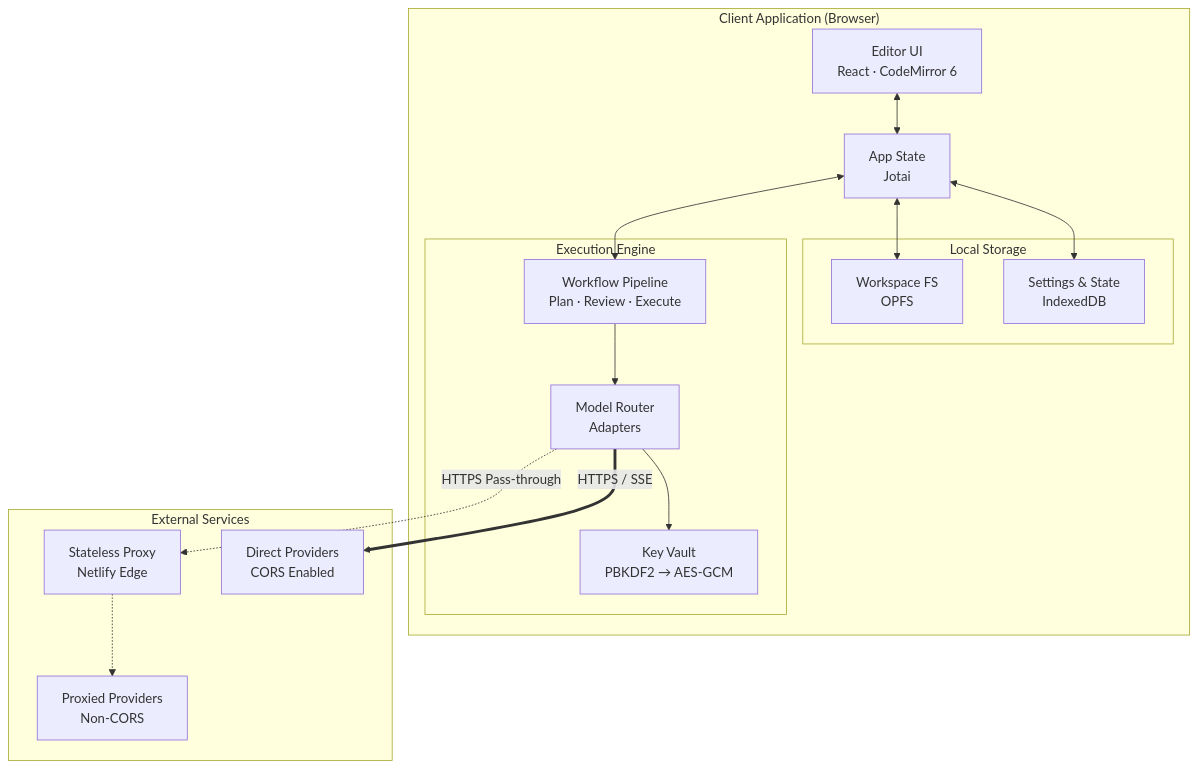
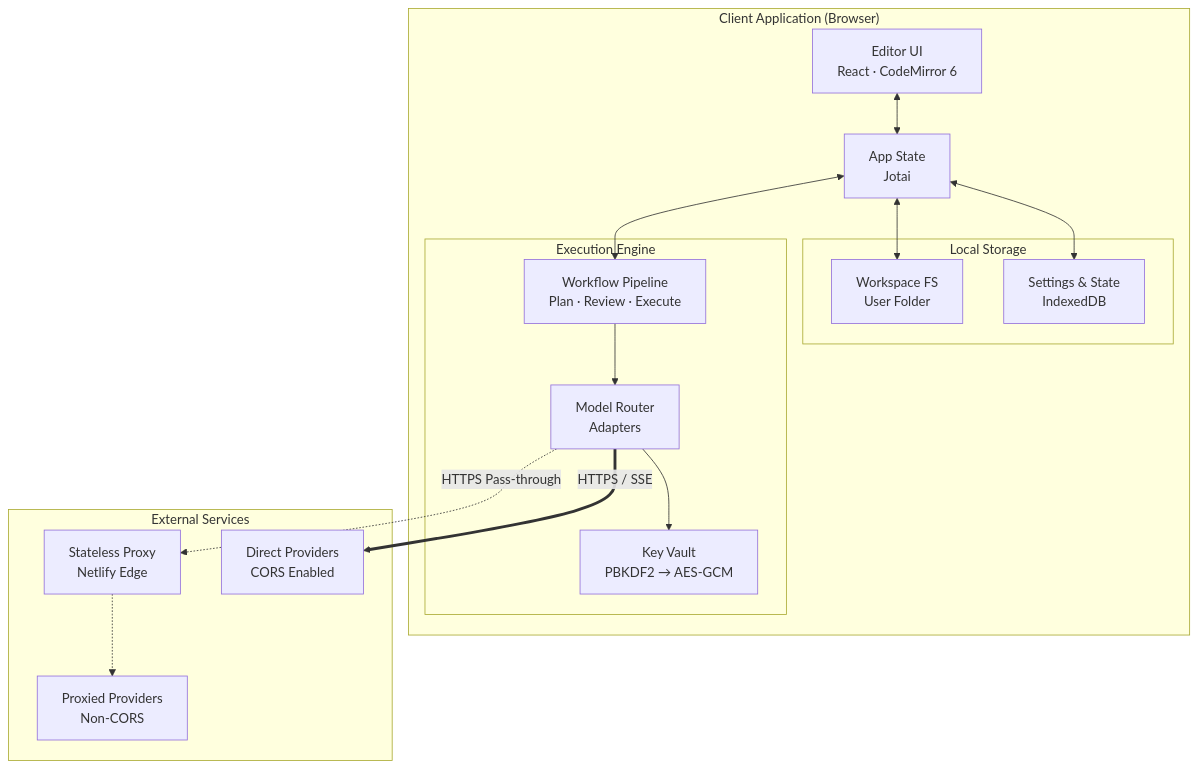
The first of 2 diagrams in ARCHITECTURE.md (marespopa/daedaluside), drawn with Mermaid before and after one commit. The commit also changed other lines of this file and 39 other files, not shown here.

Commit message:
refactor: folder-only workspace storage (drop OPFS)

````diff
--- a/ARCHITECTURE.md
+++ b/ARCHITECTURE.md
@@ -39,35 +39,35 @@
 ```mermaid
 graph TD
     subgraph Client ["Client Application (Browser)"]
         UI["Editor UI<br/>React · CodeMirror 6"]
         State["App State<br/>Jotai"]
         
         subgraph Storage ["Local Storage"]
-            FS["Workspace FS<br/>OPFS"]
+            FS["Workspace FS<br/>User Folder"]
             DB["Settings & State<br/>IndexedDB"]
         end
         
         subgraph Engine ["Execution Engine"]
             Pipeline["Workflow Pipeline<br/>Plan · Review · Execute"]
             Router["Model Router<br/>Adapters"]
             Vault["Key Vault<br/>PBKDF2 → AES-GCM"]
         end
 
         UI <--> State
         State <--> FS
         State <--> DB
         State <--> Pipeline
         Pipeline --> Router
         Router --> Vault
     end
 
     subgraph Network ["External Services"]
         Proxy["Stateless Proxy<br/>Netlify Edge"]
         DirectAPI["Direct Providers<br/>CORS Enabled"]
         ProxiedAPI["Proxied Providers<br/>Non-CORS"]
     end
 
     Router ==>|"HTTPS / SSE"| DirectAPI
     Router -.->|"HTTPS Pass-through"| Proxy
     Proxy -.-> ProxiedAPI
 ```
````
